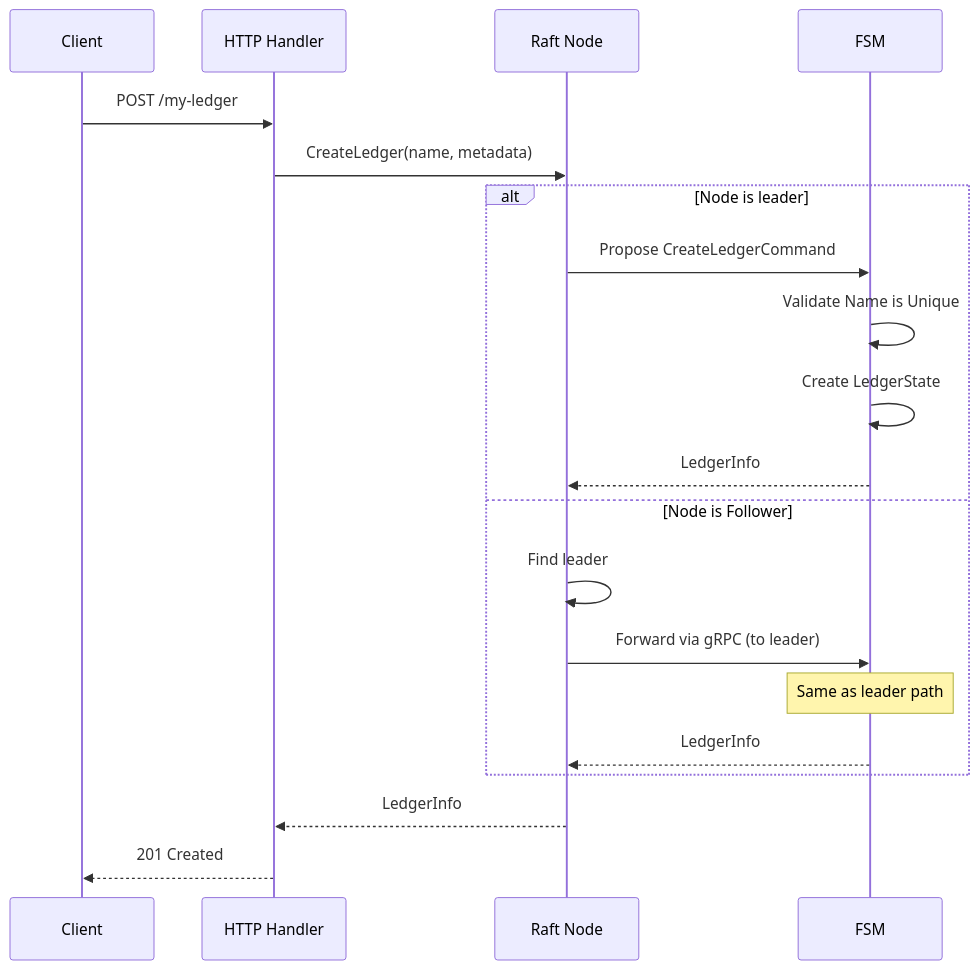
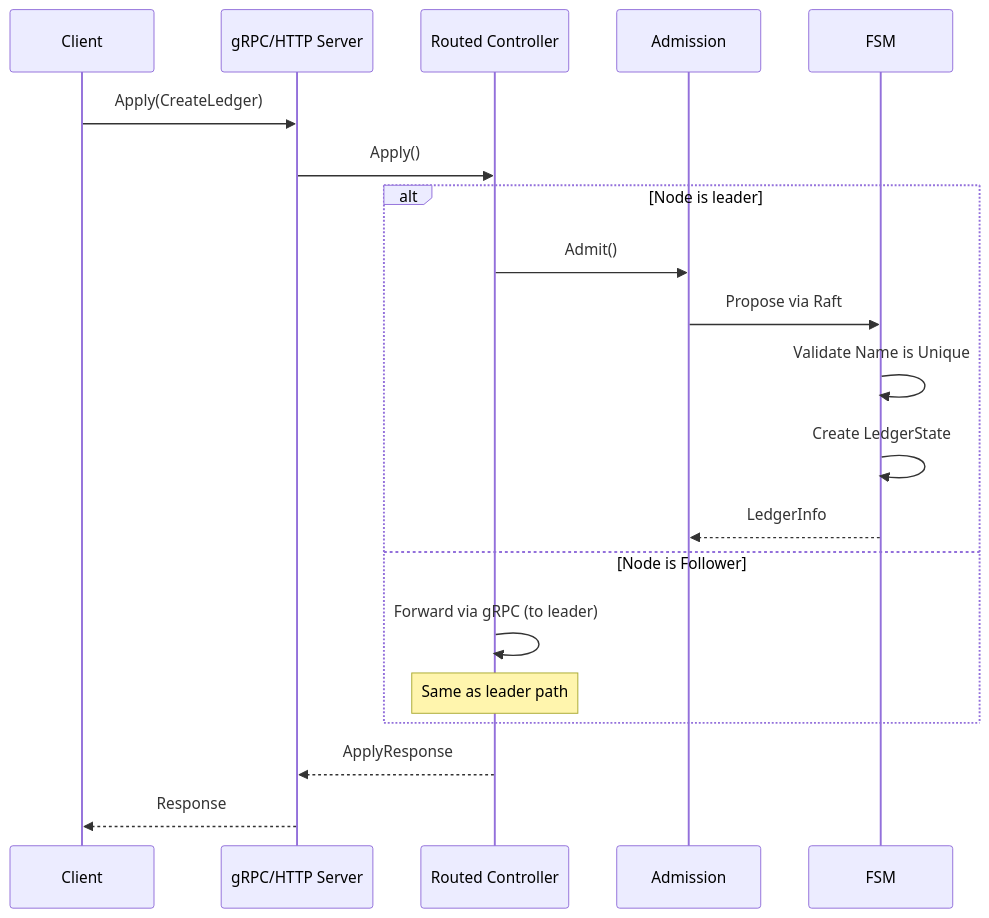
Before and after one commit to formancehq/ledger: the first of 9 diagrams in docs/architecture/data-flows.md, drawn with Mermaid. The commit also changed other lines of this file and 10 other files, not shown here.

First line of the commit message:
docs: fix outdated architecture documentation across 10 files

````diff
--- a/docs/architecture/data-flows.md
+++ b/docs/architecture/data-flows.md
@@ -13,25 +13,25 @@
 ```mermaid
 sequenceDiagram
     participant Client
-    participant HTTP as HTTP Handler
-    participant RaftNode as Raft Node
+    participant API as gRPC/HTTP Server
+    participant Ctrl as Routed Controller
+    participant Admission
     participant FSM as FSM
-    
-    Client->>HTTP: POST /my-ledger
-    HTTP->>RaftNode: CreateLedger(name, metadata)
-    
+
+    Client->>API: Apply(CreateLedger)
+    API->>Ctrl: Apply()
+
     alt Node is leader
-        RaftNode->>FSM: Propose CreateLedgerCommand
+        Ctrl->>Admission: Admit()
+        Admission->>FSM: Propose via Raft
         FSM->>FSM: Validate Name is Unique
         FSM->>FSM: Create LedgerState
-        FSM-->>RaftNode: LedgerInfo
+        FSM-->>Admission: LedgerInfo
     else Node is Follower
-        RaftNode->>RaftNode: Find leader
-        RaftNode->>FSM: Forward via gRPC (to leader)
-        Note over FSM: Same as leader path
-        FSM-->>RaftNode: LedgerInfo
+        Ctrl->>Ctrl: Forward via gRPC (to leader)
+        Note over Ctrl: Same as leader path
     end
-    
-    RaftNode-->>HTTP: LedgerInfo
-    HTTP-->>Client: 201 Created
+
+    Ctrl-->>API: ApplyResponse
+    API-->>Client: Response
 ```
````
